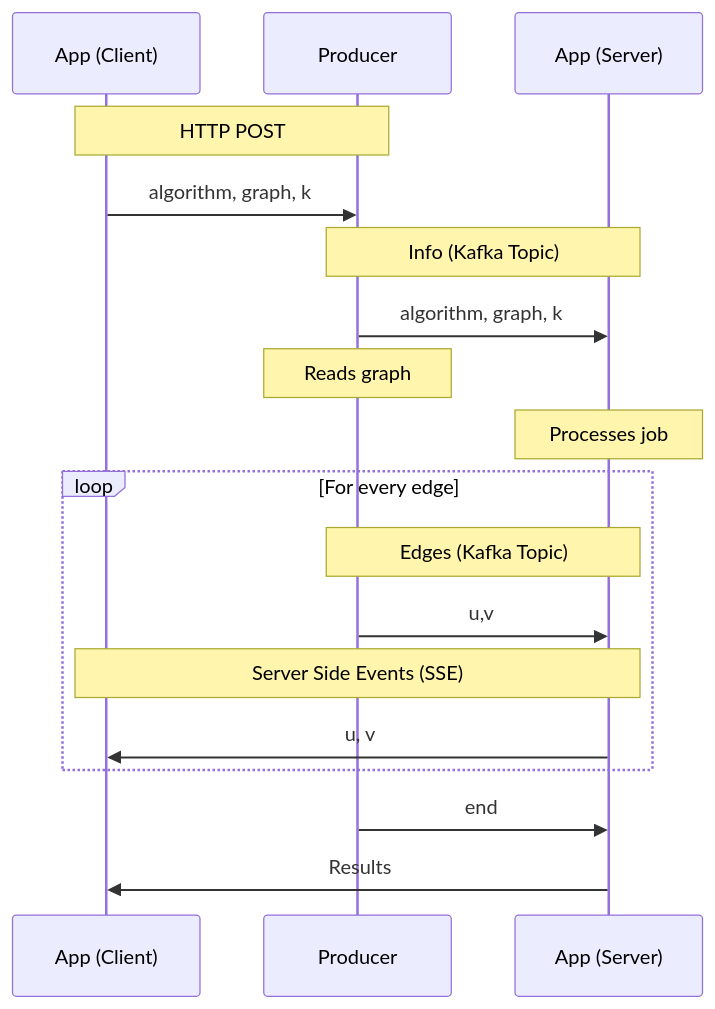
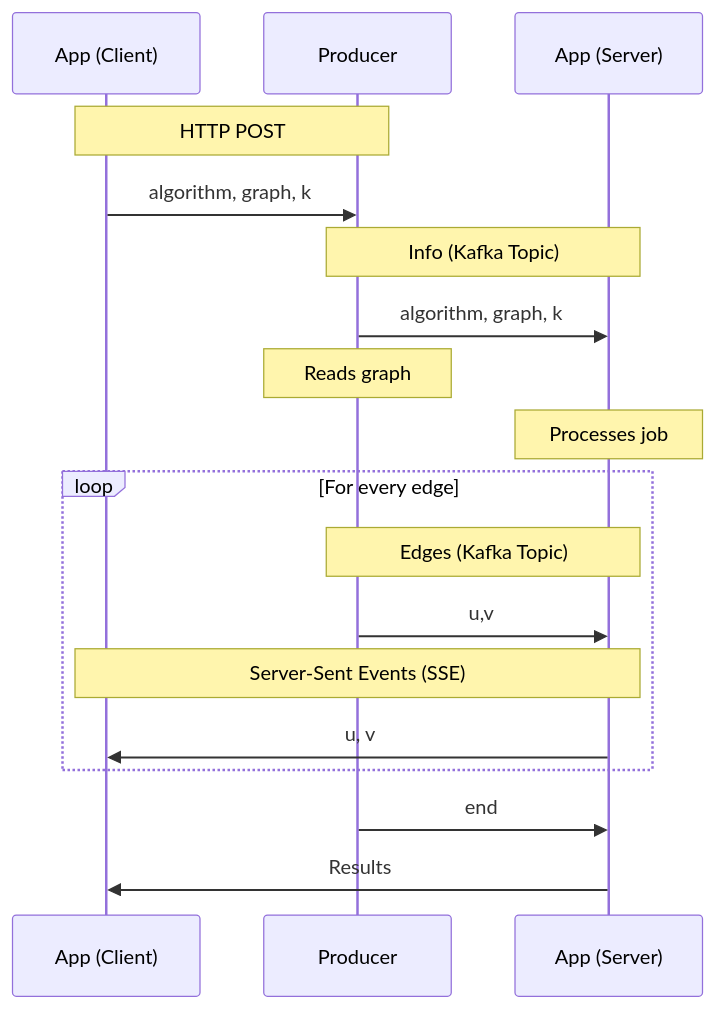
The first of 2 diagrams in design/stream.md (adamjhc/stream-vertex-cover), drawn with Mermaid before and after one commit. The commit also changed other lines of this file and 3 other files, not shown here.

Commit message:
It's Server-Sent Events not Server Side Events

````diff
--- a/design/stream.md
+++ b/design/stream.md
@@ -5,17 +5,17 @@
 ```mermaid
 sequenceDiagram
     Note over App (Client),Producer: HTTP POST
     App (Client)->>Producer: algorithm, graph, k
     Note over Producer,App (Server): Info (Kafka Topic)
     Producer->>App (Server): algorithm, graph, k
     Note over Producer: Reads graph
     Note over App (Server): Processes job
     loop For every edge
         Note over Producer, App (Server): Edges (Kafka Topic)
         Producer->>App (Server): u,v
-        Note over App (Server),App (Client): Server Side Events (SSE)
+        Note over App (Server),App (Client): Server-Sent Events (SSE)
         App (Server)->>App (Client): u, v
     end
     Producer->>App (Server): end
     App (Server)->>App (Client): Results
 ```
````
